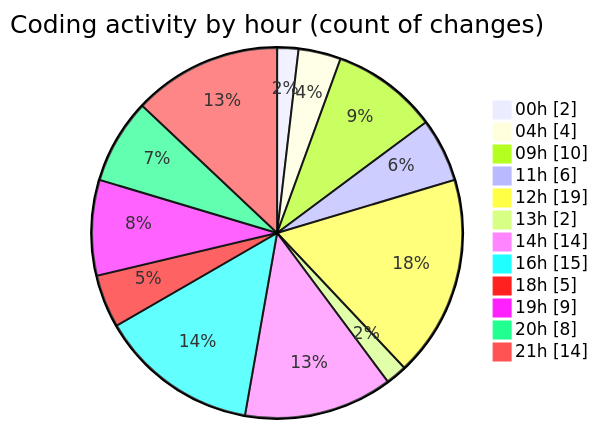
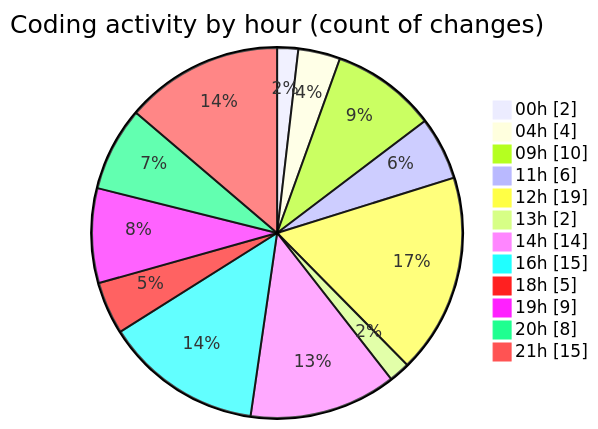
The second of 2 diagrams in 2025-10-28/eventscop-frontend-guide__workspace_/README.md (julien-gomy/code-tracking), drawn with Mermaid before and after one commit. The commit also changed other lines of this file and 1 other file, not shown here.

````diff
--- a/2025-10-28/eventscop-frontend-guide__workspace_/README.md
+++ b/2025-10-28/eventscop-frontend-guide__workspace_/README.md
@@ -66,16 +66,16 @@
 ```mermaid
 pie showData
 title Coding activity by hour (count of changes)
 "00h" : 2
 "04h" : 4
 "09h" : 10
 "11h" : 6
 "12h" : 19
 "13h" : 2
 "14h" : 14
 "16h" : 15
 "18h" : 5
 "19h" : 9
 "20h" : 8
-"21h" : 14
+"21h" : 15
 ```
````
